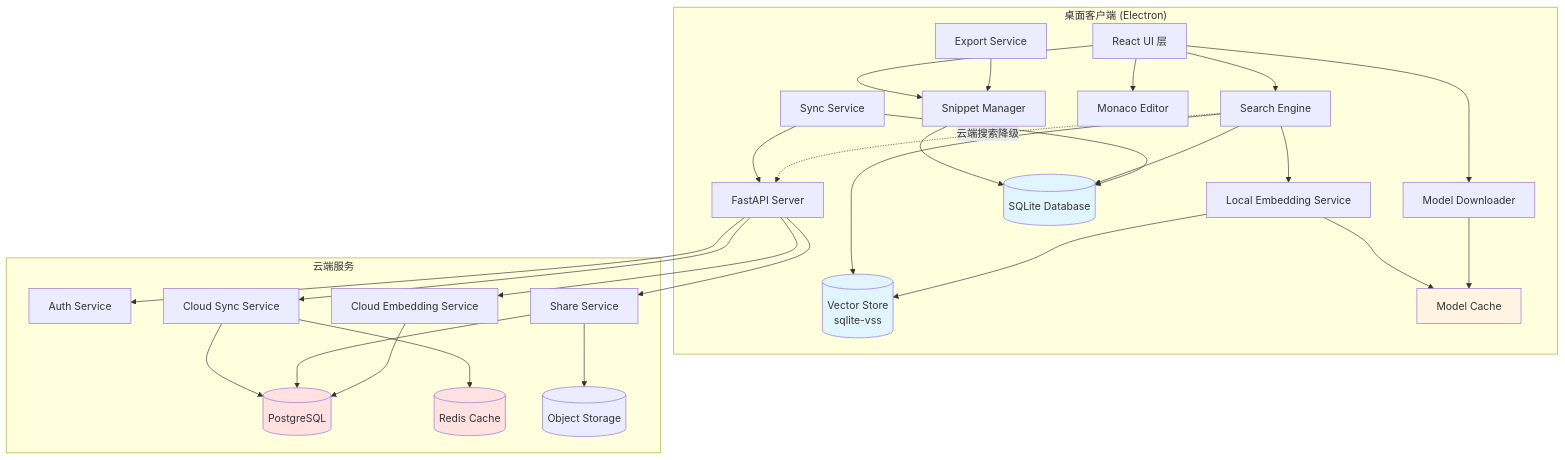
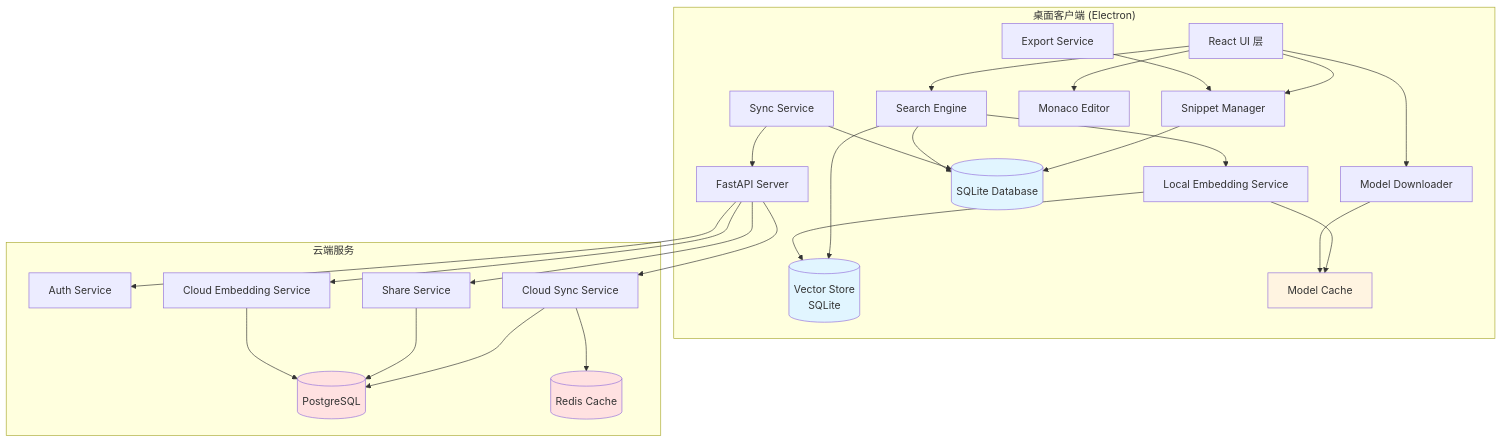
One commit to wang-xin-peng/SnippetBox changed the first of 2 diagrams in docs/design.md. Above: the diagram before and after it, drawn with Mermaid. The commit also changed other lines of this file and 14 other files, not shown here.

````diff
--- a/docs/design.md
+++ b/docs/design.md
@@ -36,54 +36,51 @@
 ```mermaid
 graph TB
     subgraph "桌面客户端 (Electron)"
         UI[React UI 层]
         SM[Snippet Manager]
         SE[Search Engine]
         ED[Monaco Editor]
         LES[Local Embedding Service]
         MD[Model Downloader]
         SS[Sync Service]
         ES[Export Service]
       
         UI --> SM
         UI --> SE
         UI --> ED
         UI --> MD
         SM --> LDB[(SQLite Database)]
         SE --> LDB
         SE --> LES
-        SE --> VS[(Vector Store<br/>sqlite-vss)]
+        SE --> VS[(Vector Store<br/>SQLite)]
         LES --> VS
         LES --> MC[Model Cache]
         MD --> MC
         SS --> LDB
         SS --> CloudAPI
         ES --> SM
     end
   
     subgraph "云端服务"
         CloudAPI[FastAPI Server]
         Auth[Auth Service]
         CloudSync[Cloud Sync Service]
         Share[Share Service]
         CloudEmbed[Cloud Embedding Service]
       
         CloudAPI --> Auth
         CloudAPI --> CloudSync
         CloudAPI --> Share
         CloudAPI --> CloudEmbed
         CloudSync --> PG[(PostgreSQL)]
         CloudSync --> Redis[(Redis Cache)]
         Share --> PG
-        Share --> S3[(Object Storage)]
         CloudEmbed --> PG
     end
-  
-    SE -.云端搜索降级.-> CloudAPI
-  
+
     style LDB fill:#e1f5ff
     style VS fill:#e1f5ff
     style MC fill:#fff4e1
     style PG fill:#ffe1e1
     style Redis fill:#ffe1e1
 ```
````
